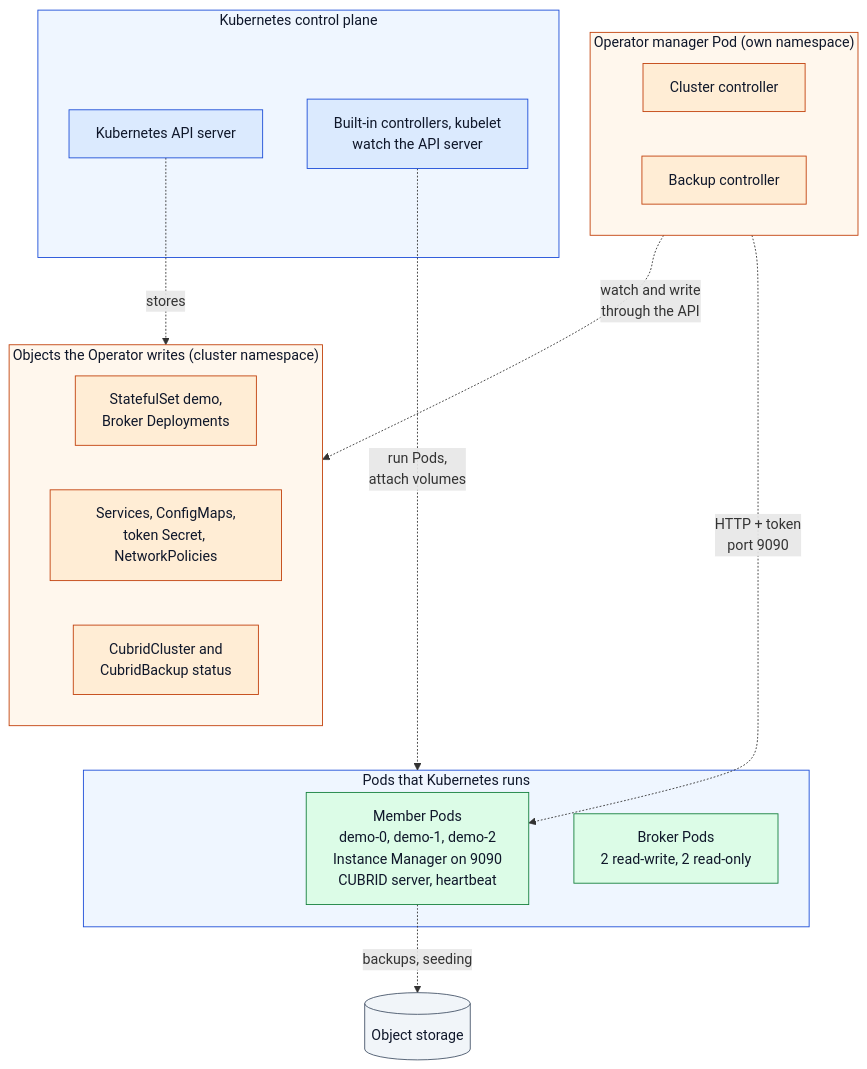
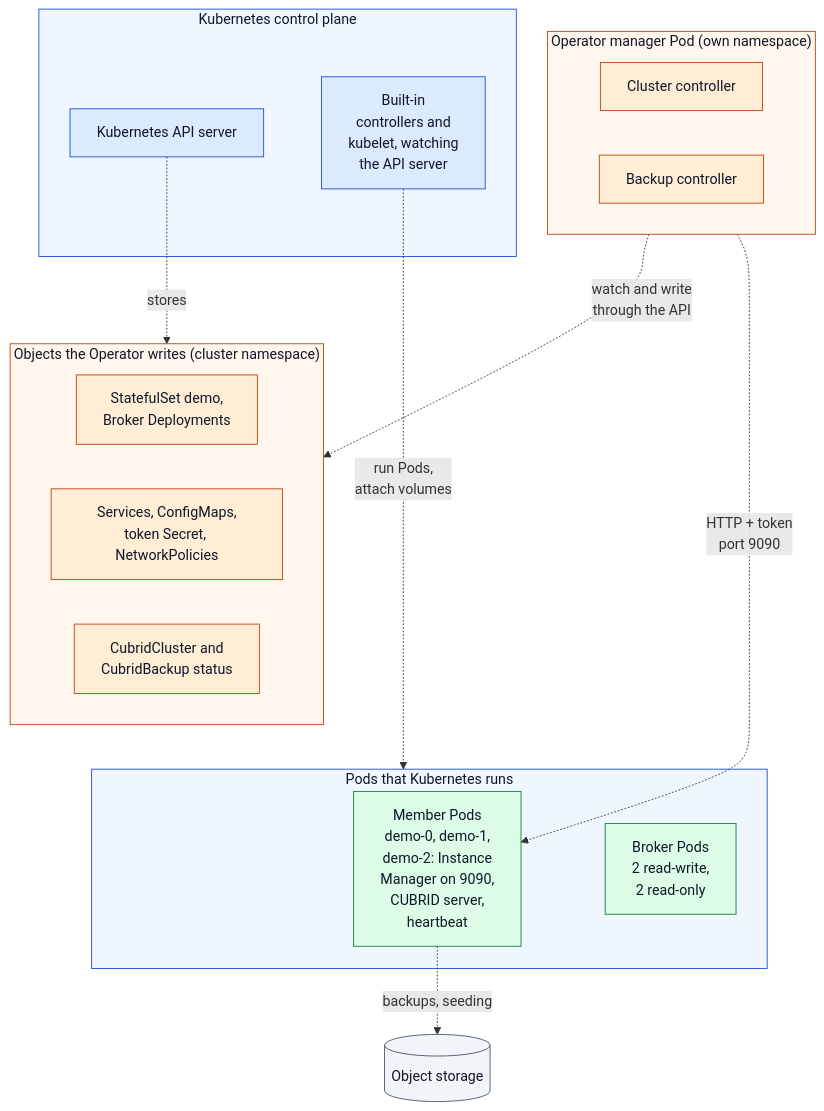
The first of 2 diagrams in docs/architecture/topology.md (cubrid-lab/cubrid-kubernetes-operator), drawn with Mermaid before and after one commit.

Commit message:
docs(architecture): shorten topology node labels for GitHub's wrapping

````diff
--- a/docs/architecture/topology.md
+++ b/docs/architecture/topology.md
@@ -25,43 +25,43 @@
 ```mermaid
 flowchart TB
     subgraph mgr["Operator manager Pod (own namespace)"]
         cc["Cluster controller"]:::op
         bc["Backup controller"]:::op
     end
 
     subgraph cp["Kubernetes control plane"]
         api["Kubernetes API server"]:::k8s
-        builtin["Built-in controllers, kubelet<br/>watch the API server"]:::k8s
+        builtin["Built-in<br/>controllers and<br/>kubelet, watching<br/>the API server"]:::k8s
     end
 
     subgraph objs["Objects the Operator writes (cluster namespace)"]
         direction LR
         wl["StatefulSet demo,<br/>Broker Deployments"]:::op
         cfg["Services, ConfigMaps,<br/>token Secret, NetworkPolicies"]:::op
         crs["CubridCluster and<br/>CubridBackup status"]:::op
     end
 
     subgraph run["Pods that Kubernetes runs"]
-        members["Member Pods<br/>demo-0, demo-1, demo-2<br/>Instance Manager on 9090<br/>CUBRID server, heartbeat"]:::cubrid
-        brokers["Broker Pods<br/>2 read-write, 2 read-only"]:::cubrid
+        members["Member Pods<br/>demo-0, demo-1,<br/>demo-2: Instance<br/>Manager on 9090,<br/>CUBRID server,<br/>heartbeat"]:::cubrid
+        brokers["Broker Pods<br/>2 read-write,<br/>2 read-only"]:::cubrid
     end
 
     objstore[("Object storage")]:::ext
 
     mgr -. "watch and write<br/>through the API" .-> objs
     api -. "stores" .-> objs
     builtin -. "run Pods,<br/>attach volumes" .-> run
     mgr -. "HTTP + token<br/>port 9090" .-> members
     members -. "backups, seeding" .-> objstore
     objs ~~~ run
 
     classDef k8s fill:#dbeafe,stroke:#1d4ed8,color:#0f172a
     classDef op fill:#ffedd5,stroke:#c2410c,color:#0f172a
     classDef cubrid fill:#dcfce7,stroke:#15803d,color:#0f172a
     classDef ext fill:#f1f5f9,stroke:#475569,color:#0f172a
 
     style mgr fill:#fff7ed,stroke:#c2410c,color:#0f172a
     style objs fill:#fff7ed,stroke:#c2410c,color:#0f172a
     style cp fill:#eff6ff,stroke:#1d4ed8,color:#0f172a
     style run fill:#eff6ff,stroke:#1d4ed8,color:#0f172a
 ```
````
